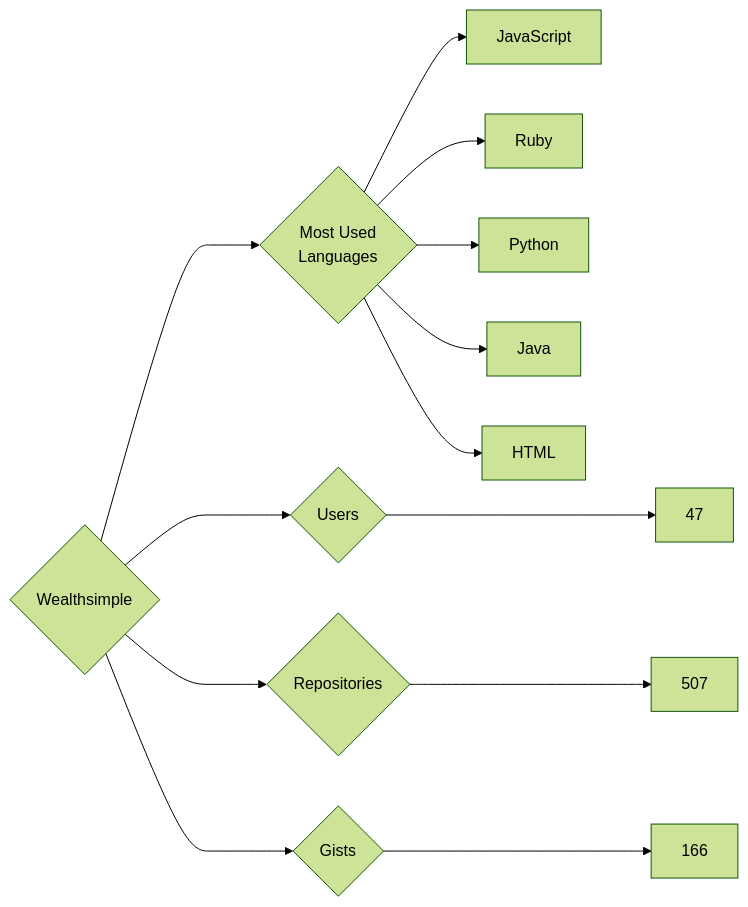
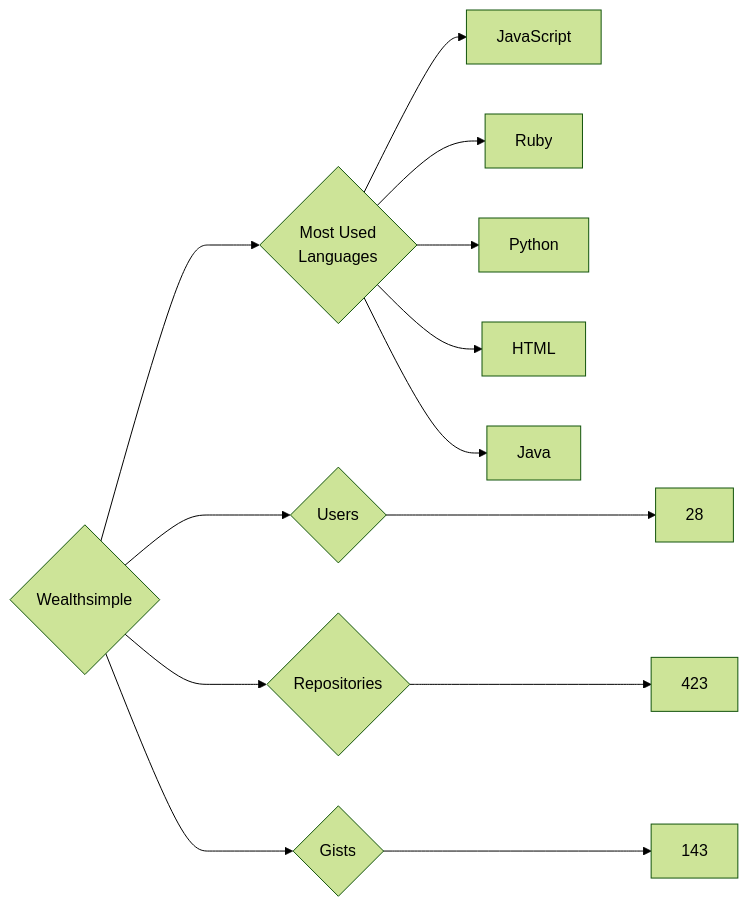
One commit to trickest/insiders changed the diagram in targets/Wealthsimple/README.md. Above: the diagram before and after it, drawn with Mermaid (forest theme). The commit also changed 953 other files, not shown here.

````diff
--- a/targets/Wealthsimple/README.md
+++ b/targets/Wealthsimple/README.md
@@ -3,13 +3,13 @@
 ```mermaid
 graph LR
 COMPANY_NAME{Wealthsimple}
-COMPANY_NAME ---> U{Users} ---> UN[47]
-COMPANY_NAME ---> R{Repositories} ---> RN[507]
-COMPANY_NAME ---> G{Gists} ---> GN[166]
+COMPANY_NAME ---> U{Users} ---> UN[28]
+COMPANY_NAME ---> R{Repositories} ---> RN[423]
+COMPANY_NAME ---> G{Gists} ---> GN[143]
 COMPANY_NAME ---> ML{Most Used<br>Languages}
 ML --> JavaScript[JavaScript]
 ML --> Ruby[Ruby]
 ML --> Python[Python]
+ML --> HTML[HTML]
 ML --> Java[Java]
-ML --> HTML[HTML]
 ```
````
